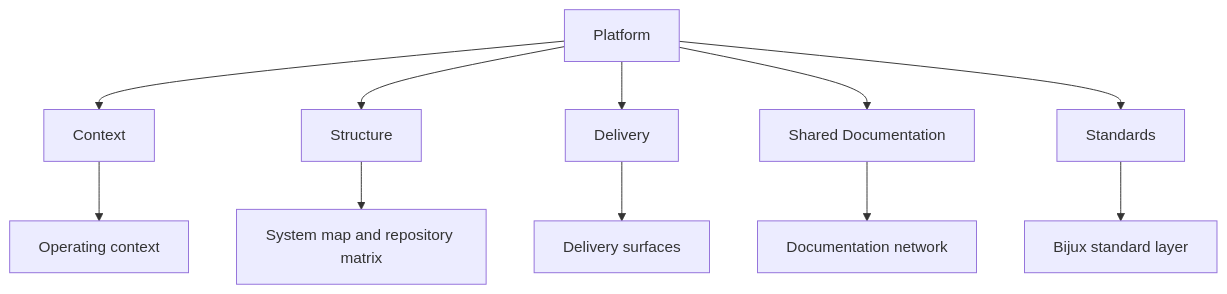
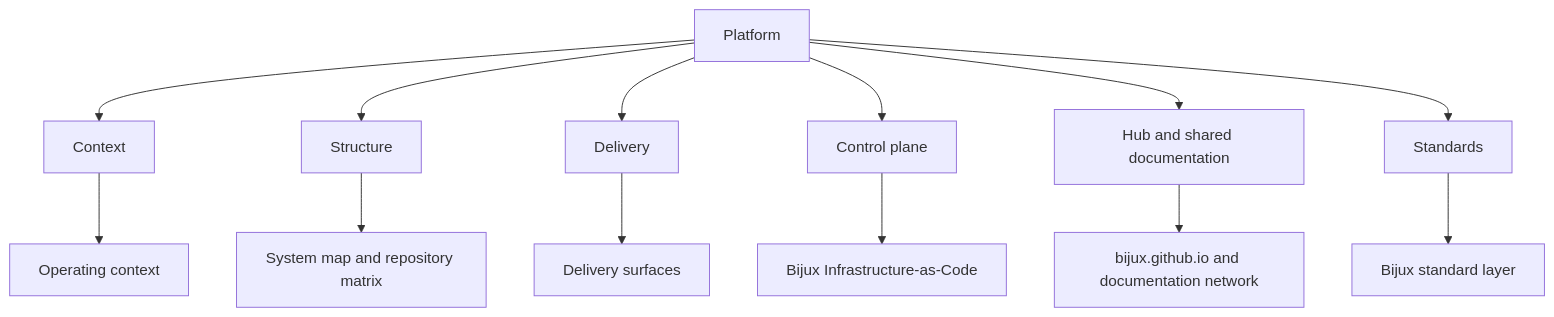
Before and after one commit to bijux/bijux.github.io: the diagram in docs/01-platform/index.md, drawn with Mermaid. The commit also changed other lines of this file, not shown here.

Commit message:
docs(platform): make the foundation split explicit

````diff
--- a/docs/01-platform/index.md
+++ b/docs/01-platform/index.md
@@ -29,14 +29,16 @@
 ```mermaid
 graph TD
     platform["Platform"] --> context["Context"]
     platform --> structure["Structure"]
     platform --> delivery["Delivery"]
-    platform --> docs["Shared Documentation"]
+    platform --> control["Control plane"]
+    platform --> docs["Hub and shared documentation"]
     platform --> standards["Standards"]
 
     context --> operating["Operating context"]
     structure --> maps["System map and repository matrix"]
     delivery --> surfaces["Delivery surfaces"]
-    docs --> network["Documentation network"]
+    control --> iac["Bijux Infrastructure-as-Code"]
+    docs --> hub["bijux.github.io and documentation network"]
     standards --> std["Bijux standard layer"]
 ```
````
